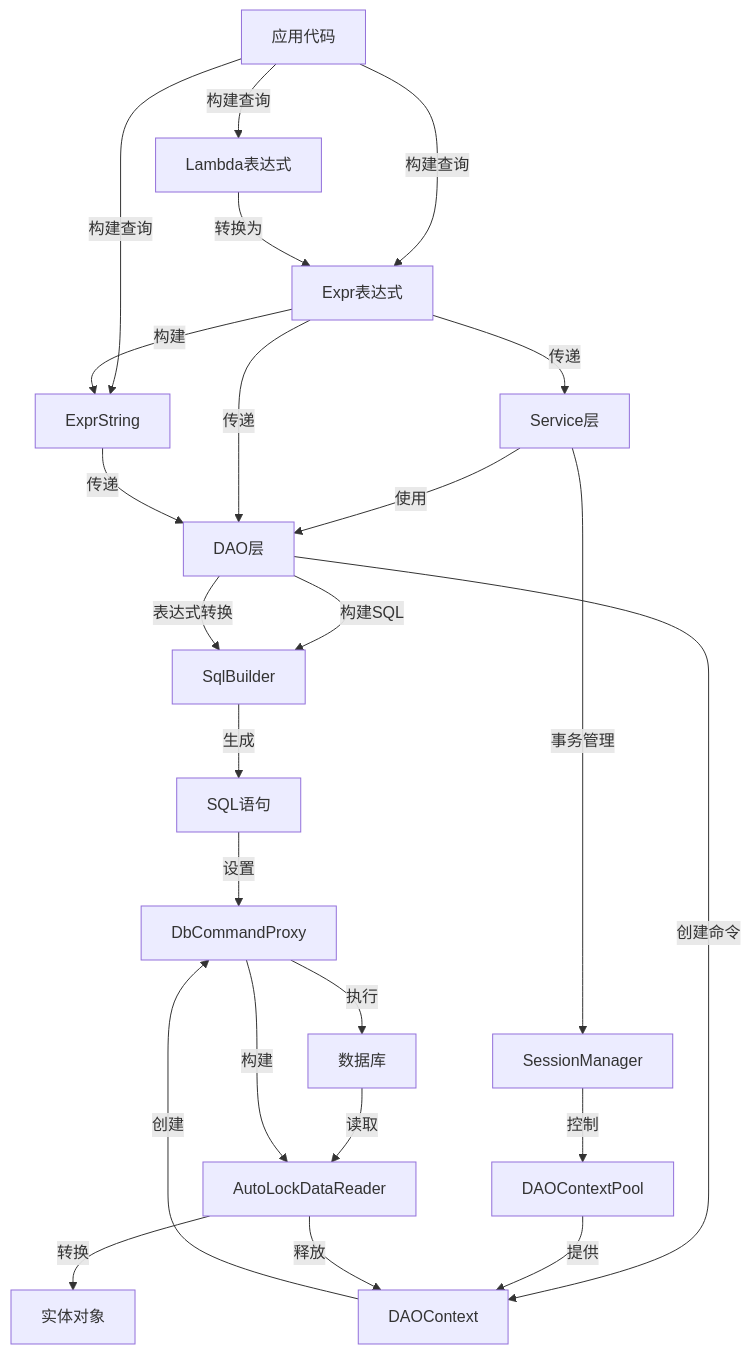
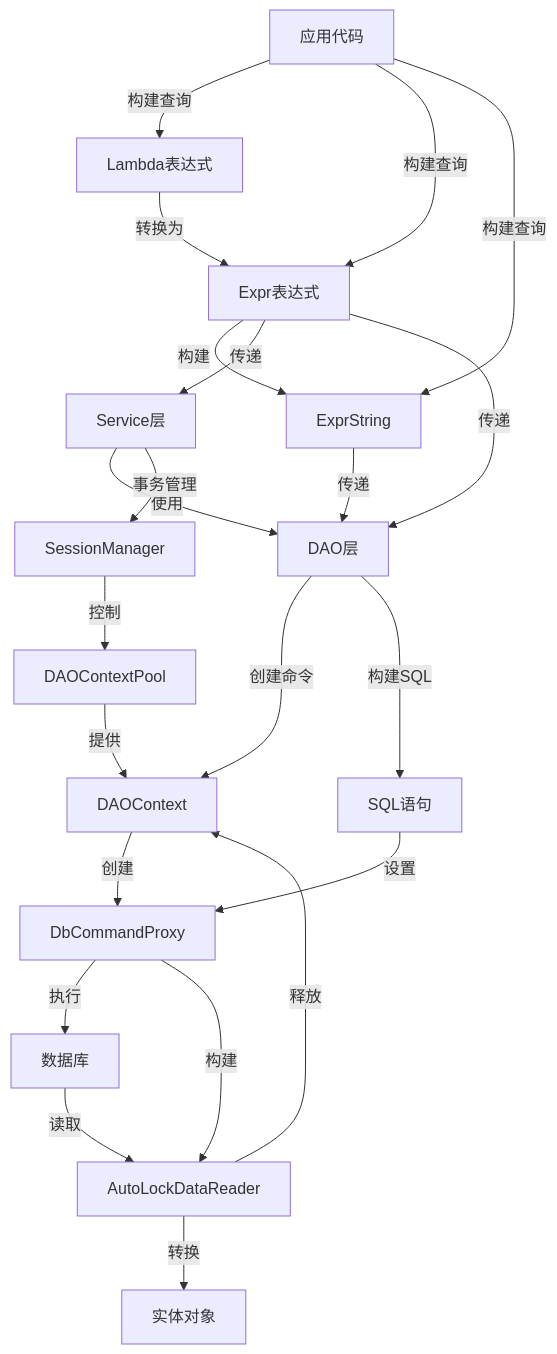
One commit to danjiewu/LiteOrm changed the diagram in CODE_WIKI.md. Above: the diagram before and after it, drawn with Mermaid. The commit also changed other lines of this file, not shown here.

````diff
--- a/CODE_WIKI.md
+++ b/CODE_WIKI.md
@@ -99,28 +99,26 @@
 ```mermaid
 flowchart TD
     A[应用代码]
     B[Service层]
     B -->|使用| C[DAO层]
-    C -->|构建SQL| D[SqlBuilder]
     C -->|创建命令| E[DAOContext]
     E -->|创建| J[DbCommandProxy]
     J -->|执行| F[数据库]
     F -->|读取| K[AutoLockDataReader]
     J -->|构建| K
     K -->|转换| L[实体对象]
     A -->|构建查询| G1[Lambda表达式]
     A -->|构建查询| G2[Expr表达式]
     A -->|构建查询| G3[ExprString]
     G1 -->|转换为| G2
     G2 -->|构建| G3
     G2 -->|传递| B
     G2 -->|传递| C
     G3 -->|传递| C
-    C -->|表达式转换| D
-    D -->|生成| H[SQL语句]
+    C -->|构建SQL| H[SQL语句]
     H -->|设置| J
     B -->|事务管理| I[SessionManager]
     I -->|控制| P[DAOContextPool]
     P -->|提供| E
     K -->|释放| E
 ```
````
